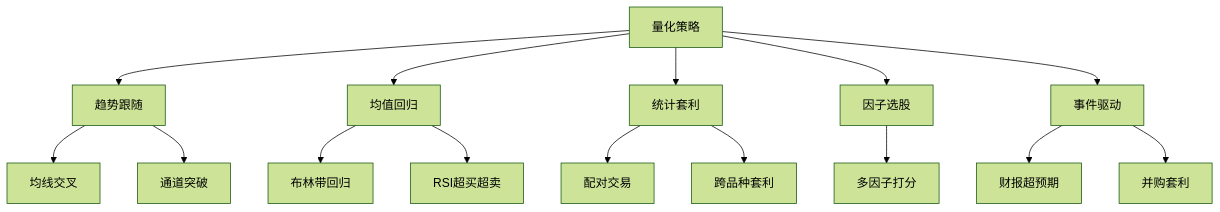
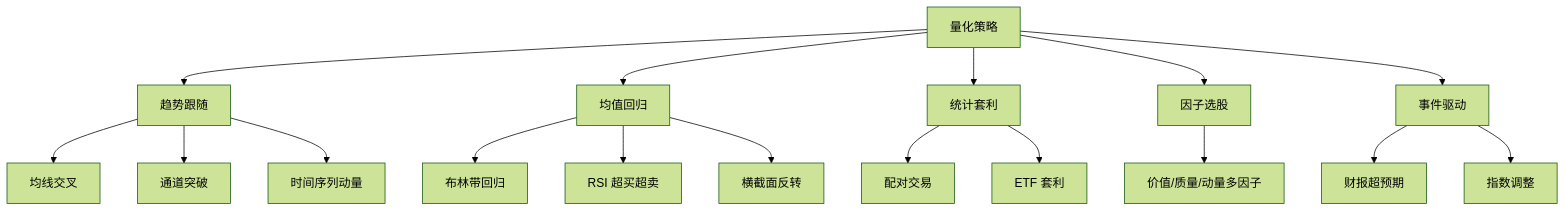
One commit to Cthaat/Obsidian changed the diagram in quant-wiki-notes/入门教程/阶段三-量化思维与系统化投资/常见量化策略.md. Above: the diagram before and after it, drawn with Mermaid (forest theme). The commit also changed other lines of this file and 10 other files, not shown here.

````diff
--- a/quant-wiki-notes/入门教程/阶段三-量化思维与系统化投资/常见量化策略.md
+++ b/quant-wiki-notes/入门教程/阶段三-量化思维与系统化投资/常见量化策略.md
@@ -17,17 +27,19 @@
 ```mermaid
 graph TD
     A[量化策略] --> B[趋势跟随]
     A --> C[均值回归]
     A --> D[统计套利]
     A --> E[因子选股]
     A --> F[事件驱动]
     B --> B1[均线交叉]
     B --> B2[通道突破]
+    B --> B3[时间序列动量]
     C --> C1[布林带回归]
-    C --> C2[RSI超买超卖]
+    C --> C2[RSI 超买超卖]
+    C --> C3[横截面反转]
     D --> D1[配对交易]
-    D --> D2[跨品种套利]
-    E --> E1[多因子打分]
+    D --> D2[ETF 套利]
+    E --> E1[价值/质量/动量多因子]
     F --> F1[财报超预期]
-    F --> F2[并购套利]
+    F --> F2[指数调整]
 ```
````
